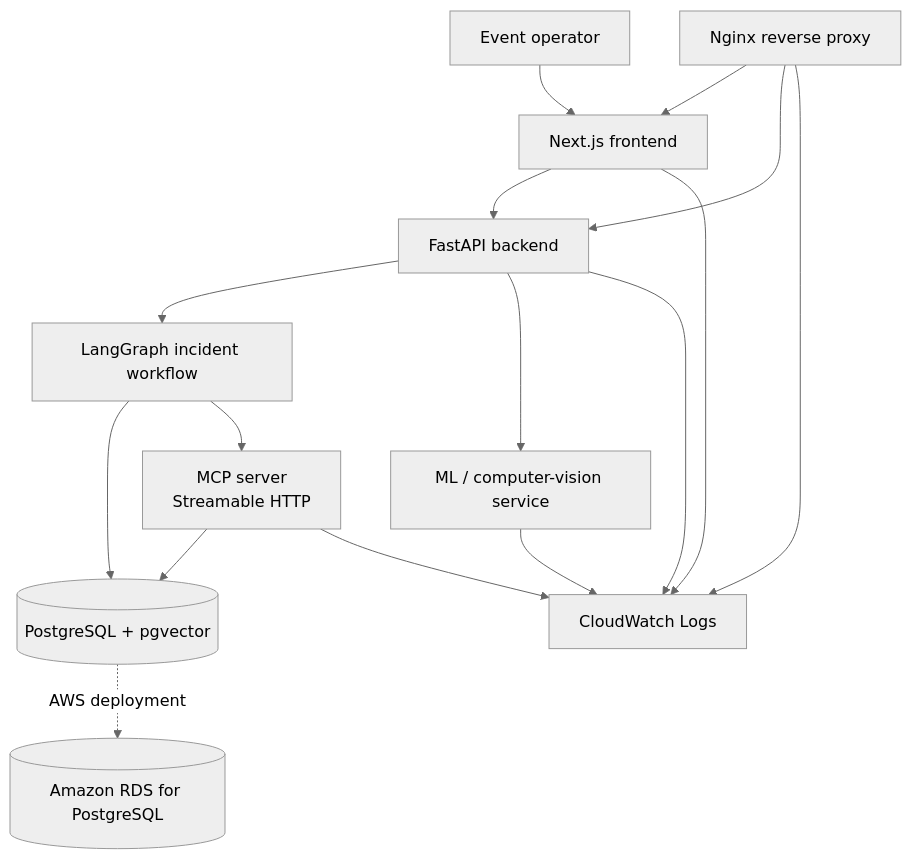
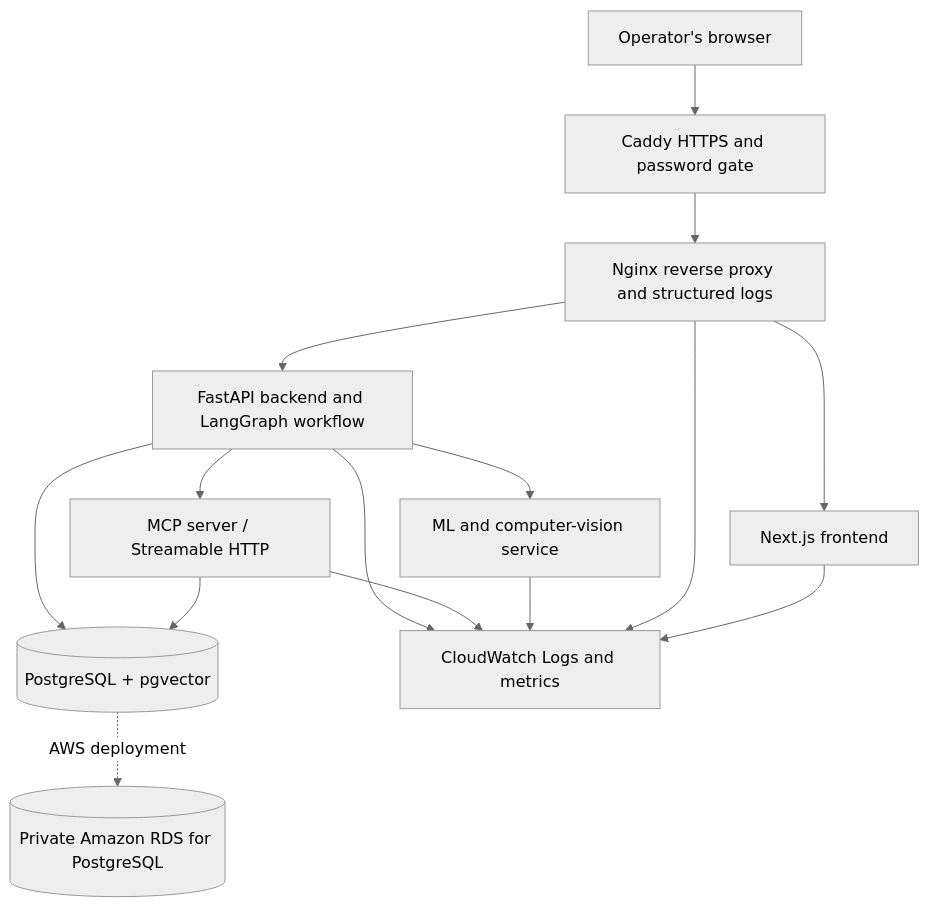
The diagram in README.md (msaimanish/NexCord), drawn with Mermaid (neutral theme) before and after one commit. The commit also changed other lines of this file and 5 other files, not shown here.

````diff
--- a/README.md
+++ b/README.md
@@ -49,18 +51,17 @@
 ```mermaid
 flowchart TD
-    Operator[Event operator] --> UI[Next.js frontend]
-    UI --> API[FastAPI backend]
-    API --> Agent[LangGraph incident workflow]
-    Agent --> DB[(PostgreSQL + pgvector)]
-    Agent --> MCP[MCP server<br/>Streamable HTTP]
-    API --> ML[ML / computer-vision service]
+    Operator[Operator's browser] --> Caddy[Caddy HTTPS and password gate]
+    Caddy --> Nginx[Nginx reverse proxy and structured logs]
+    Nginx --> Frontend[Next.js frontend]
+    Nginx --> API[FastAPI backend and LangGraph workflow]
+    API --> MCP[MCP server / Streamable HTTP]
+    API --> ML[ML and computer-vision service]
+    API --> DB[(PostgreSQL + pgvector)]
     MCP --> DB
-    API --> Logs[CloudWatch Logs]
-    MCP --> Logs
-    ML --> Logs
-    UI --> Logs
-    Nginx[Nginx reverse proxy] --> UI
-    Nginx --> API
-    Nginx --> Logs
-    DB -. AWS deployment .-> RDS[(Amazon RDS for PostgreSQL)]
+    API --> CW[CloudWatch Logs and metrics]
+    MCP --> CW
+    ML --> CW
+    Nginx --> CW
+    Frontend --> CW
+    DB -. AWS deployment .-> RDS[(Private Amazon RDS for PostgreSQL)]
 ```
````
